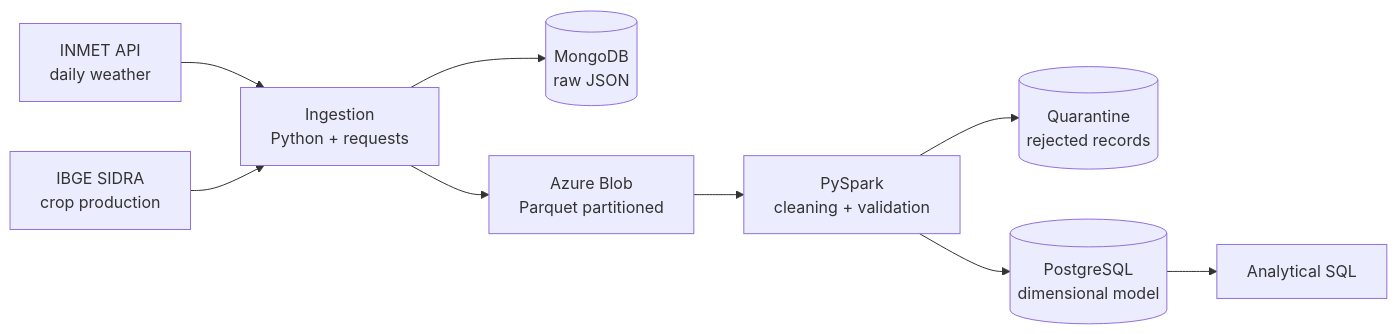
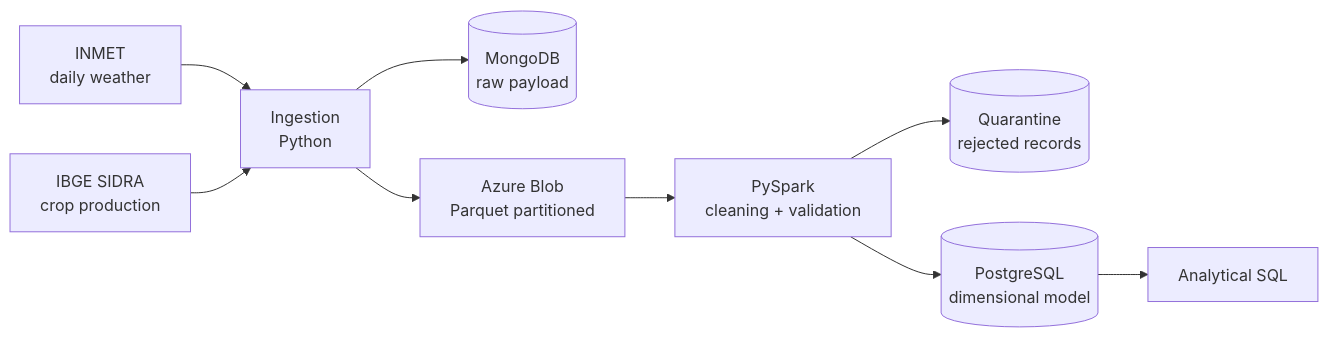
The diagram in README.md (renan-almeidaa/pipeline-agroclima), drawn with Mermaid before and after one commit. The commit also changed other lines of this file, not shown here.

Commit message:
docs: update project overview and architecture

````diff
--- a/README.md
+++ b/README.md
@@ -9,11 +9,11 @@
 ```mermaid
 flowchart LR
-    INMET[INMET API<br/>daily weather] --> ING[Ingestion<br/>Python + requests]
+    INMET[INMET<br/>daily weather] --> ING[Ingestion<br/>Python]
     IBGE[IBGE SIDRA<br/>crop production] --> ING
-    ING --> MONGO[(MongoDB<br/>raw JSON)]
+    ING --> MONGO[(MongoDB<br/>raw payload)]
     ING --> BRONZE[Azure Blob<br/>Parquet partitioned]
     BRONZE --> SILVER[PySpark<br/>cleaning + validation]
     SILVER --> QUAR[(Quarantine<br/>rejected records)]
     SILVER --> GOLD[(PostgreSQL<br/>dimensional model)]
     GOLD --> SQL[Analytical SQL]
 ```
````
